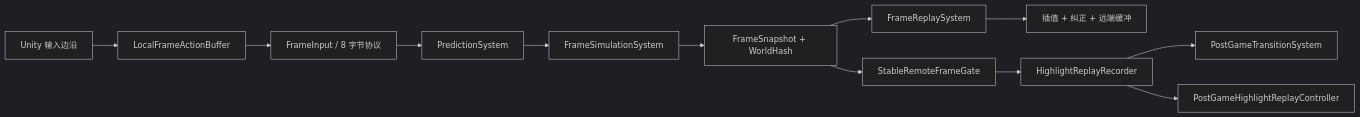
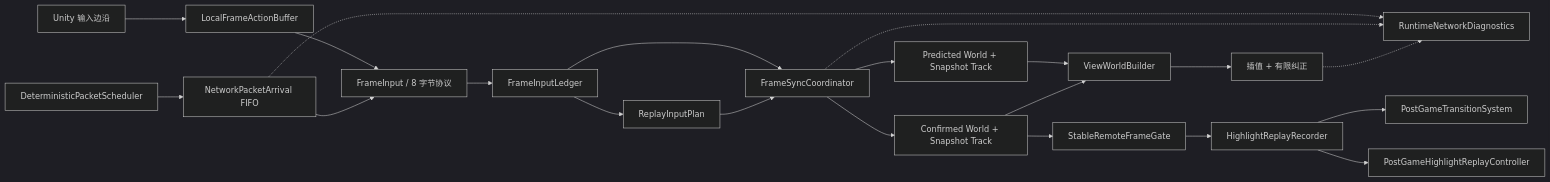
One commit to hanser-05-V/Frame-synchronization-and-state-synchronization changed the diagram in docs/architecture/route-c-frame-sync.md. Above: the diagram before and after it, drawn with Mermaid (dark theme). The commit also changed other lines of this file and 40 other files, not shown here.

Commit message:
docs: publish Route C architecture and portfolio

````diff
--- a/docs/architecture/route-c-frame-sync.md
+++ b/docs/architecture/route-c-frame-sync.md
@@ -5,14 +7,23 @@
 ```mermaid
 flowchart LR
     Input["Unity 输入边沿"] --> Buffer["LocalFrameActionBuffer"]
     Buffer --> FrameInput["FrameInput / 8 字节协议"]
-    FrameInput --> Prediction["PredictionSystem"]
-    Prediction --> Simulation["FrameSimulationSystem"]
-    Simulation --> Snapshot["FrameSnapshot + WorldHash"]
-    Snapshot --> Replay["FrameReplaySystem"]
-    Replay --> Presentation["插值 + 纠正 + 远端缓冲"]
-    Snapshot --> Stable["StableRemoteFrameGate"]
+    Server["DeterministicPacketScheduler"] --> Arrival["NetworkPacketArrival FIFO"]
+    Arrival --> FrameInput
+    FrameInput --> Ledger["FrameInputLedger"]
+    Ledger --> Coordinator["FrameSyncCoordinator"]
+    Coordinator --> Confirmed["Confirmed World + Snapshot Track"]
+    Coordinator --> Predicted["Predicted World + Snapshot Track"]
+    Ledger --> Plan["ReplayInputPlan"]
+    Plan --> Coordinator
+    Predicted --> View["ViewWorldBuilder"]
+    Confirmed --> View
+    View --> Presentation["插值 + 有限纠正"]
+    Confirmed --> Stable["StableRemoteFrameGate"]
     Stable --> Recorder["HighlightReplayRecorder"]
     Recorder --> Terminal["PostGameTransitionSystem"]
     Recorder --> PostGame["PostGameHighlightReplayController"]
+    Arrival -.-> Diagnostics["RuntimeNetworkDiagnostics"]
+    Coordinator -.-> Diagnostics
+    Presentation -.-> Diagnostics
 ```
````
